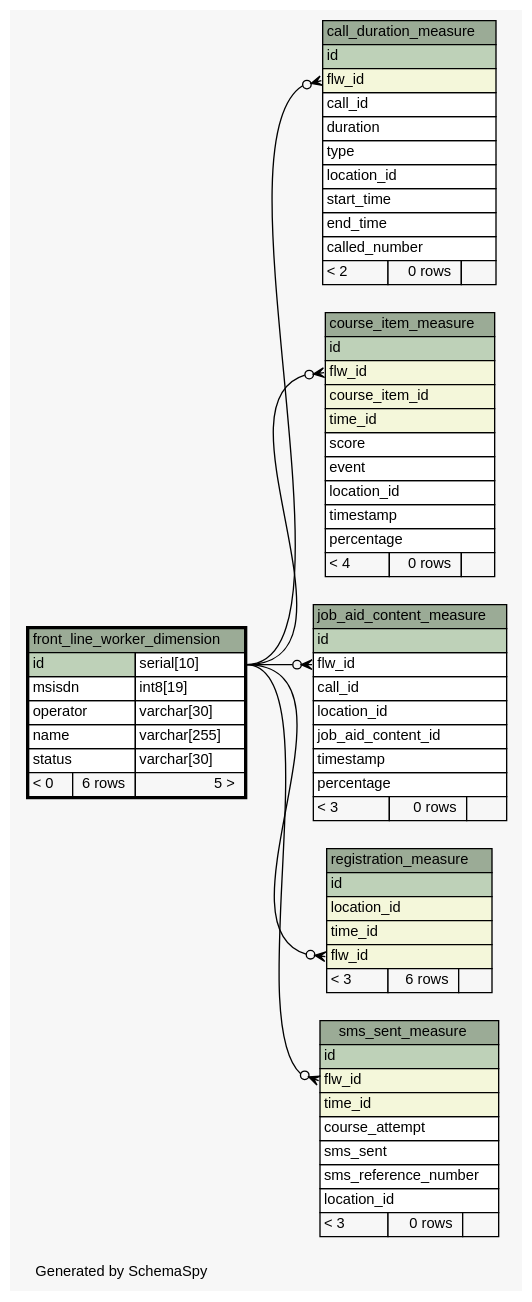
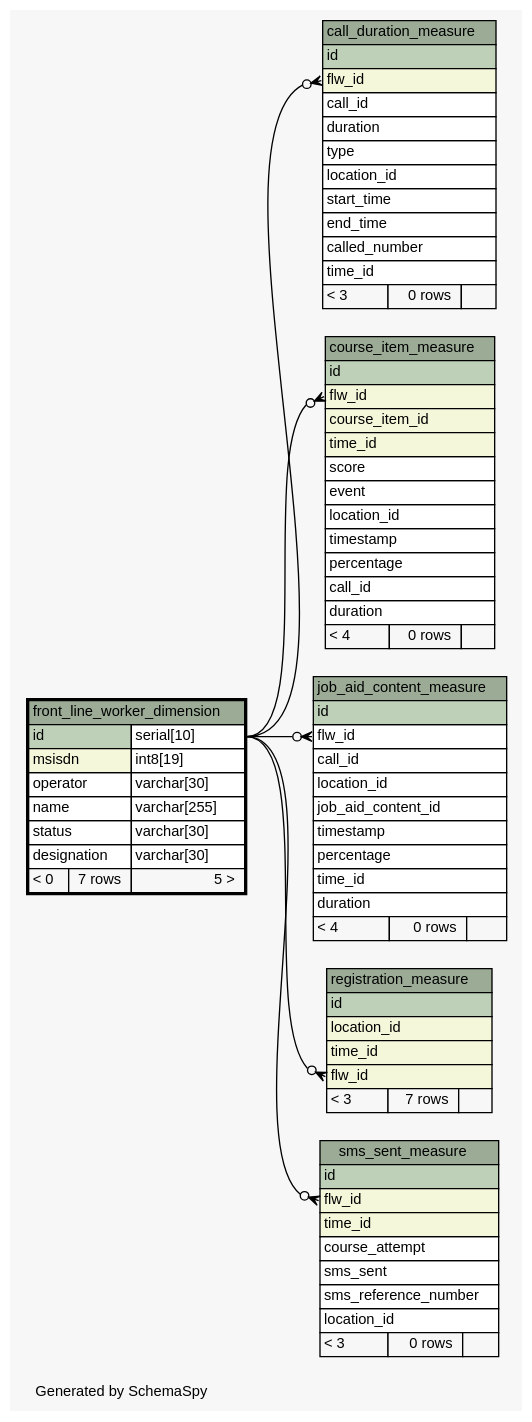
The diagram in ananya-report/build/schemaspy-output/diagrams/front_line_worker_dimension.1degree.dot (motech/ananya), drawn with Graphviz before and after one commit. The commit also changed 73 other files, not shown here.

Commit message:
vijay|#00|updated schemaspy output

```diff
--- a/ananya-report/build/schemaspy-output/diagrams/front_line_worker_dimension.1degree.dot
+++ b/ananya-report/build/schemaspy-output/diagrams/front_line_worker_dimension.1degree.dot
@@ -1,122 +1,128 @@
-// dot 2.28.0 on Mac OS X 10.7.3
+// dot 2.26.3 on Linux 2.6.38-11-generic-pae
 // SchemaSpy rev 590
 digraph "oneDegreeRelationshipsDiagram" {
   graph [
     rankdir="RL"
     bgcolor="#f7f7f7"
     label="\nGenerated by SchemaSpy"
     labeljust="l"
     nodesep="0.18"
     ranksep="0.46"
     fontname="Helvetica"
     fontsize="11"
   ];
   node [
     fontname="Helvetica"
     fontsize="11"
     shape="plaintext"
   ];
   edge [
     arrowsize="0.8"
   ];
   "call_duration_measure":"flw_id":w -> "front_line_worker_dimension":"id.type":e [arrowhead=none dir=back arrowtail=crowodot];
   "course_item_measure":"flw_id":w -> "front_line_worker_dimension":"id.type":e [arrowhead=none dir=back arrowtail=crowodot];
   "job_aid_content_measure":"flw_id":w -> "front_line_worker_dimension":"id.type":e [arrowhead=none dir=back arrowtail=crowodot];
   "registration_measure":"flw_id":w -> "front_line_worker_dimension":"id.type":e [arrowhead=none dir=back arrowtail=crowodot];
   "sms_sent_measure":"flw_id":w -> "front_line_worker_dimension":"id.type":e [arrowhead=none dir=back arrowtail=crowodot];
   "call_duration_measure" [
     label=<
     <TABLE BORDER="0" CELLBORDER="1" CELLSPACING="0" BGCOLOR="#ffffff">
       <TR><TD COLSPAN="3" BGCOLOR="#9bab96" ALIGN="CENTER">call_duration_measure</TD></TR>
       <TR><TD PORT="id" COLSPAN="3" BGCOLOR="#bed1b8" ALIGN="LEFT">id</TD></TR>
       <TR><TD PORT="flw_id" COLSPAN="3" BGCOLOR="#f4f7da" ALIGN="LEFT">flw_id</TD></TR>
       <TR><TD PORT="call_id" COLSPAN="3" ALIGN="LEFT">call_id</TD></TR>
       <TR><TD PORT="duration" COLSPAN="3" ALIGN="LEFT">duration</TD></TR>
       <TR><TD PORT="type" COLSPAN="3" ALIGN="LEFT">type</TD></TR>
       <TR><TD PORT="location_id" COLSPAN="3" ALIGN="LEFT">location_id</TD></TR>
       <TR><TD PORT="start_time" COLSPAN="3" ALIGN="LEFT">start_time</TD></TR>
       <TR><TD PORT="end_time" COLSPAN="3" ALIGN="LEFT">end_time</TD></TR>
       <TR><TD PORT="called_number" COLSPAN="3" ALIGN="LEFT">called_number</TD></TR>
-      <TR><TD ALIGN="LEFT" BGCOLOR="#f7f7f7">&lt; 2</TD><TD ALIGN="RIGHT" BGCOLOR="#f7f7f7">0 rows</TD><TD ALIGN="RIGHT" BGCOLOR="#f7f7f7">  </TD></TR>
+      <TR><TD PORT="time_id" COLSPAN="3" ALIGN="LEFT">time_id</TD></TR>
+      <TR><TD ALIGN="LEFT" BGCOLOR="#f7f7f7">&lt; 3</TD><TD ALIGN="RIGHT" BGCOLOR="#f7f7f7">0 rows</TD><TD ALIGN="RIGHT" BGCOLOR="#f7f7f7">  </TD></TR>
     </TABLE>>
     URL="call_duration_measure.html"
     tooltip="call_duration_measure"
   ];
   "course_item_measure" [
     label=<
     <TABLE BORDER="0" CELLBORDER="1" CELLSPACING="0" BGCOLOR="#ffffff">
       <TR><TD COLSPAN="3" BGCOLOR="#9bab96" ALIGN="CENTER">course_item_measure</TD></TR>
       <TR><TD PORT="id" COLSPAN="3" BGCOLOR="#bed1b8" ALIGN="LEFT">id</TD></TR>
       <TR><TD PORT="flw_id" COLSPAN="3" BGCOLOR="#f4f7da" ALIGN="LEFT">flw_id</TD></TR>
       <TR><TD PORT="course_item_id" COLSPAN="3" BGCOLOR="#f4f7da" ALIGN="LEFT">course_item_id</TD></TR>
       <TR><TD PORT="time_id" COLSPAN="3" BGCOLOR="#f4f7da" ALIGN="LEFT">time_id</TD></TR>
       <TR><TD PORT="score" COLSPAN="3" ALIGN="LEFT">score</TD></TR>
       <TR><TD PORT="event" COLSPAN="3" ALIGN="LEFT">event</TD></TR>
       <TR><TD PORT="location_id" COLSPAN="3" ALIGN="LEFT">location_id</TD></TR>
       <TR><TD PORT="timestamp" COLSPAN="3" ALIGN="LEFT">timestamp</TD></TR>
       <TR><TD PORT="percentage" COLSPAN="3" ALIGN="LEFT">percentage</TD></TR>
+      <TR><TD PORT="call_id" COLSPAN="3" ALIGN="LEFT">call_id</TD></TR>
+      <TR><TD PORT="duration" COLSPAN="3" ALIGN="LEFT">duration</TD></TR>
       <TR><TD ALIGN="LEFT" BGCOLOR="#f7f7f7">&lt; 4</TD><TD ALIGN="RIGHT" BGCOLOR="#f7f7f7">0 rows</TD><TD ALIGN="RIGHT" BGCOLOR="#f7f7f7">  </TD></TR>
     </TABLE>>
     URL="course_item_measure.html"
     tooltip="course_item_measure"
   ];
   "front_line_worker_dimension" [
     label=<
     <TABLE BORDER="2" CELLBORDER="1" CELLSPACING="0" BGCOLOR="#ffffff">
       <TR><TD COLSPAN="3" BGCOLOR="#9bab96" ALIGN="CENTER">front_line_worker_dimension</TD></TR>
       <TR><TD PORT="id" COLSPAN="2" BGCOLOR="#bed1b8" ALIGN="LEFT">id</TD><TD PORT="id.type" ALIGN="LEFT">serial[10]</TD></TR>
-      <TR><TD PORT="msisdn" COLSPAN="2" ALIGN="LEFT">msisdn</TD><TD PORT="msisdn.type" ALIGN="LEFT">int8[19]</TD></TR>
+      <TR><TD PORT="msisdn" COLSPAN="2" BGCOLOR="#f4f7da" ALIGN="LEFT">msisdn</TD><TD PORT="msisdn.type" ALIGN="LEFT">int8[19]</TD></TR>
       <TR><TD PORT="operator" COLSPAN="2" ALIGN="LEFT">operator</TD><TD PORT="operator.type" ALIGN="LEFT">varchar[30]</TD></TR>
       <TR><TD PORT="name" COLSPAN="2" ALIGN="LEFT">name</TD><TD PORT="name.type" ALIGN="LEFT">varchar[255]</TD></TR>
       <TR><TD PORT="status" COLSPAN="2" ALIGN="LEFT">status</TD><TD PORT="status.type" ALIGN="LEFT">varchar[30]</TD></TR>
-      <TR><TD ALIGN="LEFT" BGCOLOR="#f7f7f7">&lt; 0</TD><TD ALIGN="RIGHT" BGCOLOR="#f7f7f7">6 rows</TD><TD ALIGN="RIGHT" BGCOLOR="#f7f7f7">5 &gt;</TD></TR>
+      <TR><TD PORT="designation" COLSPAN="2" ALIGN="LEFT">designation</TD><TD PORT="designation.type" ALIGN="LEFT">varchar[30]</TD></TR>
+      <TR><TD ALIGN="LEFT" BGCOLOR="#f7f7f7">&lt; 0</TD><TD ALIGN="RIGHT" BGCOLOR="#f7f7f7">7 rows</TD><TD ALIGN="RIGHT" BGCOLOR="#f7f7f7">5 &gt;</TD></TR>
     </TABLE>>
     URL="front_line_worker_dimension.html"
     tooltip="front_line_worker_dimension"
   ];
   "job_aid_content_measure" [
     label=<
     <TABLE BORDER="0" CELLBORDER="1" CELLSPACING="0" BGCOLOR="#ffffff">
       <TR><TD COLSPAN="3" BGCOLOR="#9bab96" ALIGN="CENTER">job_aid_content_measure</TD></TR>
       <TR><TD PORT="id" COLSPAN="3" BGCOLOR="#bed1b8" ALIGN="LEFT">id</TD></TR>
       <TR><TD PORT="flw_id" COLSPAN="3" ALIGN="LEFT">flw_id</TD></TR>
       <TR><TD PORT="call_id" COLSPAN="3" ALIGN="LEFT">call_id</TD></TR>
       <TR><TD PORT="location_id" COLSPAN="3" ALIGN="LEFT">location_id</TD></TR>
       <TR><TD PORT="job_aid_content_id" COLSPAN="3" ALIGN="LEFT">job_aid_content_id</TD></TR>
       <TR><TD PORT="timestamp" COLSPAN="3" ALIGN="LEFT">timestamp</TD></TR>
       <TR><TD PORT="percentage" COLSPAN="3" ALIGN="LEFT">percentage</TD></TR>
-      <TR><TD ALIGN="LEFT" BGCOLOR="#f7f7f7">&lt; 3</TD><TD ALIGN="RIGHT" BGCOLOR="#f7f7f7">0 rows</TD><TD ALIGN="RIGHT" BGCOLOR="#f7f7f7">  </TD></TR>
+      <TR><TD PORT="time_id" COLSPAN="3" ALIGN="LEFT">time_id</TD></TR>
+      <TR><TD PORT="duration" COLSPAN="3" ALIGN="LEFT">duration</TD></TR>
+      <TR><TD ALIGN="LEFT" BGCOLOR="#f7f7f7">&lt; 4</TD><TD ALIGN="RIGHT" BGCOLOR="#f7f7f7">0 rows</TD><TD ALIGN="RIGHT" BGCOLOR="#f7f7f7">  </TD></TR>
     </TABLE>>
     URL="job_aid_content_measure.html"
     tooltip="job_aid_content_measure"
   ];
   "registration_measure" [
     label=<
     <TABLE BORDER="0" CELLBORDER="1" CELLSPACING="0" BGCOLOR="#ffffff">
       <TR><TD COLSPAN="3" BGCOLOR="#9bab96" ALIGN="CENTER">registration_measure</TD></TR>
       <TR><TD PORT="id" COLSPAN="3" BGCOLOR="#bed1b8" ALIGN="LEFT">id</TD></TR>
       <TR><TD PORT="location_id" COLSPAN="3" BGCOLOR="#f4f7da" ALIGN="LEFT">location_id</TD></TR>
       <TR><TD PORT="time_id" COLSPAN="3" BGCOLOR="#f4f7da" ALIGN="LEFT">time_id</TD></TR>
       <TR><TD PORT="flw_id" COLSPAN="3" BGCOLOR="#f4f7da" ALIGN="LEFT">flw_id</TD></TR>
-      <TR><TD ALIGN="LEFT" BGCOLOR="#f7f7f7">&lt; 3</TD><TD ALIGN="RIGHT" BGCOLOR="#f7f7f7">6 rows</TD><TD ALIGN="RIGHT" BGCOLOR="#f7f7f7">  </TD></TR>
+      <TR><TD ALIGN="LEFT" BGCOLOR="#f7f7f7">&lt; 3</TD><TD ALIGN="RIGHT" BGCOLOR="#f7f7f7">7 rows</TD><TD ALIGN="RIGHT" BGCOLOR="#f7f7f7">  </TD></TR>
     </TABLE>>
     URL="registration_measure.html"
     tooltip="registration_measure"
   ];
   "sms_sent_measure" [
     label=<
     <TABLE BORDER="0" CELLBORDER="1" CELLSPACING="0" BGCOLOR="#ffffff">
       <TR><TD COLSPAN="3" BGCOLOR="#9bab96" ALIGN="CENTER">sms_sent_measure</TD></TR>
       <TR><TD PORT="id" COLSPAN="3" BGCOLOR="#bed1b8" ALIGN="LEFT">id</TD></TR>
       <TR><TD PORT="flw_id" COLSPAN="3" BGCOLOR="#f4f7da" ALIGN="LEFT">flw_id</TD></TR>
       <TR><TD PORT="time_id" COLSPAN="3" BGCOLOR="#f4f7da" ALIGN="LEFT">time_id</TD></TR>
       <TR><TD PORT="course_attempt" COLSPAN="3" ALIGN="LEFT">course_attempt</TD></TR>
       <TR><TD PORT="sms_sent" COLSPAN="3" ALIGN="LEFT">sms_sent</TD></TR>
       <TR><TD PORT="sms_reference_number" COLSPAN="3" ALIGN="LEFT">sms_reference_number</TD></TR>
       <TR><TD PORT="location_id" COLSPAN="3" ALIGN="LEFT">location_id</TD></TR>
       <TR><TD ALIGN="LEFT" BGCOLOR="#f7f7f7">&lt; 3</TD><TD ALIGN="RIGHT" BGCOLOR="#f7f7f7">0 rows</TD><TD ALIGN="RIGHT" BGCOLOR="#f7f7f7">  </TD></TR>
     </TABLE>>
     URL="sms_sent_measure.html"
     tooltip="sms_sent_measure"
   ];
 }
```
